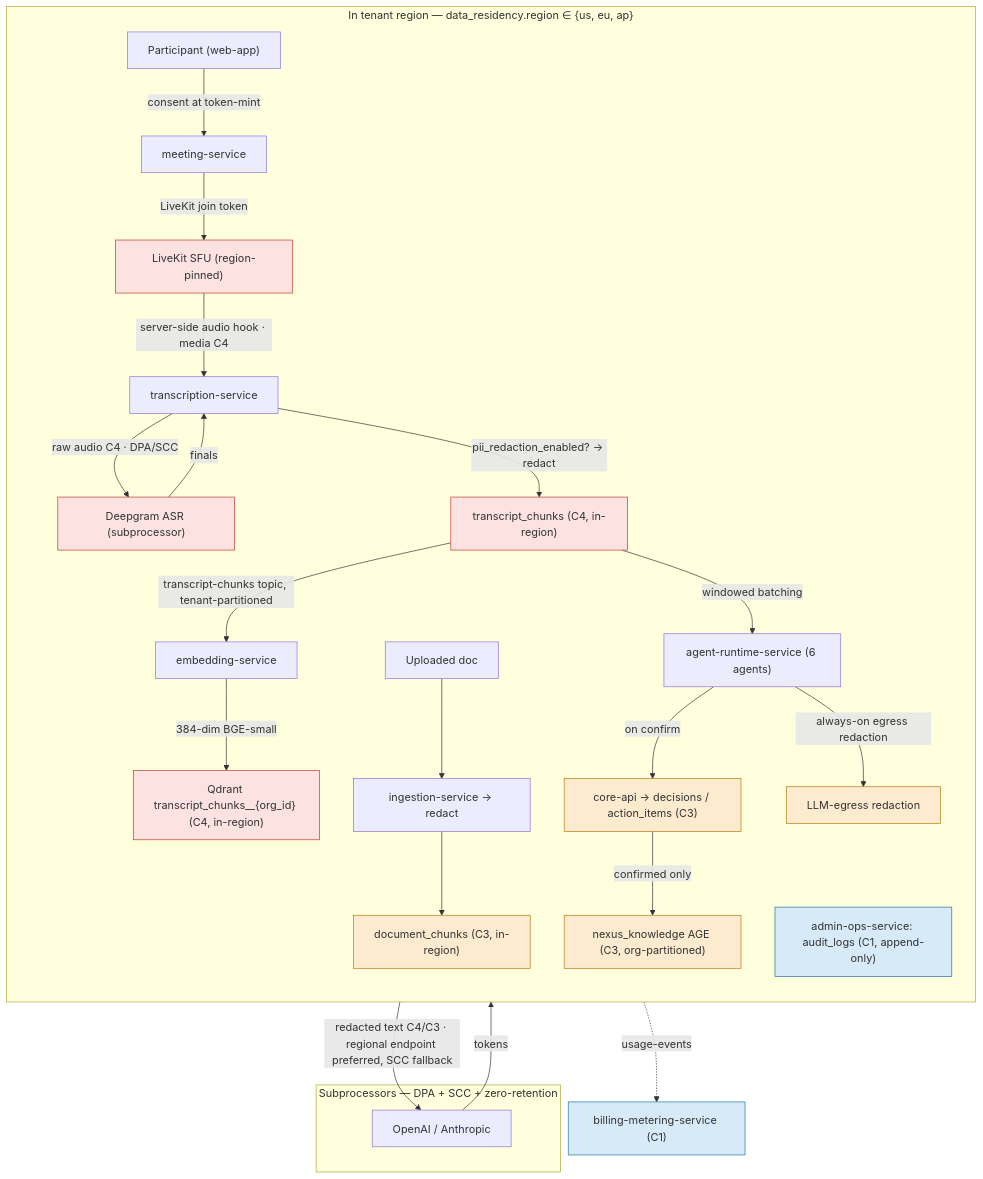
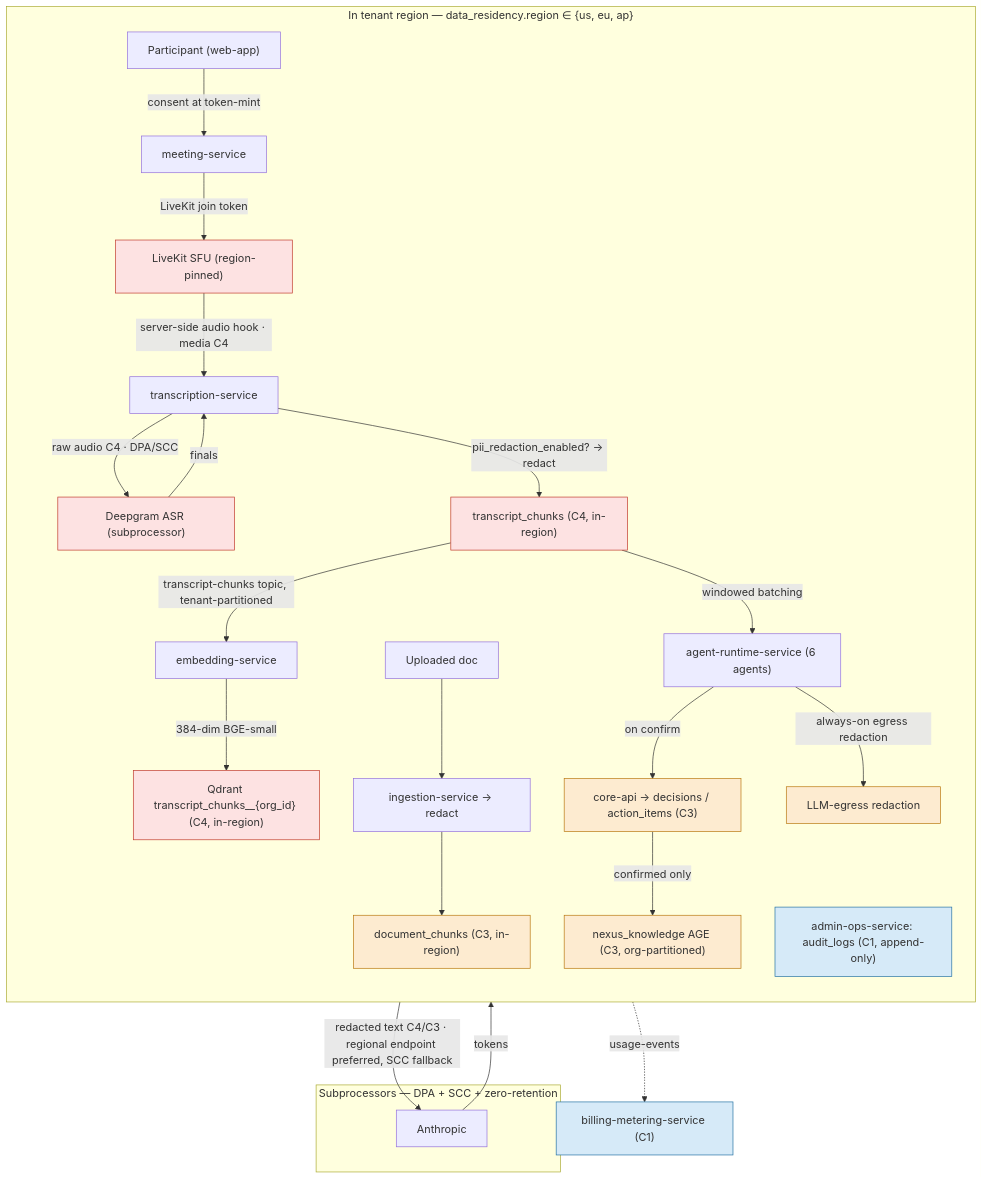
The eighth of 8 diagrams in 12-compliance-and-privacy.md (Mytheus-AI/mytheus-docs), drawn with Mermaid before and after one commit. The commit also changed other lines of this file and 23 other files, not shown here.

Commit message:
docs(llm): Anthropic-only provider decision with Haiku 5.5 fast tier (ADR-0027)

````diff
--- a/12-compliance-and-privacy.md
+++ b/12-compliance-and-privacy.md
@@ -332,33 +331,33 @@
 ```mermaid
 flowchart TB
   subgraph TENANT["In tenant region — data_residency.region ∈ {us, eu, ap}"]
     direction TB
     P["Participant (web-app)"] -->|consent at token-mint| MEET["meeting-service"]
     MEET -->|LiveKit join token| LK["LiveKit SFU (region-pinned)"]
     LK -->|server-side audio hook · media C4| TRANS["transcription-service"]
     TRANS -->|raw audio C4 · DPA/SCC| DG["Deepgram ASR (subprocessor)"]
     DG -->|finals| TRANS
     TRANS -->|"pii_redaction_enabled? → redact"| TC["transcript_chunks (C4, in-region)"]
     TC -->|transcript-chunks topic, tenant-partitioned| EMB["embedding-service"]
     EMB -->|384-dim BGE-small| QD["Qdrant transcript_chunks__{org_id} (C4, in-region)"]
     TC -->|windowed batching| AGENT["agent-runtime-service (6 agents)"]
     DOCIN["Uploaded doc"] --> ING["ingestion-service → redact"] --> DC["document_chunks (C3, in-region)"]
     AGENT -->|on confirm| CORE["core-api → decisions / action_items (C3)"]
     CORE -->|confirmed only| KG["nexus_knowledge AGE (C3, org-partitioned)"]
     AGENT -->|always-on egress redaction| REDX["LLM-egress redaction"]
     AUD["admin-ops-service: audit_logs (C1, append-only)"]
   end
   subgraph SUBPROC["Subprocessors — DPA + SCC + zero-retention"]
-    LLM["OpenAI / Anthropic"]
+    LLM["Anthropic"]
   end
   REDX -->|"redacted text C4/C3 · regional endpoint preferred, SCC fallback"| LLM
   LLM -->|tokens| AGENT
   AGENT -.->|usage-events| BILL["billing-metering-service (C1)"]
 
   classDef c4 fill:#fde2e2,stroke:#c0392b;
   classDef c3 fill:#fdebd0,stroke:#b9770e;
   classDef c1 fill:#d6eaf8,stroke:#2471a3;
   class TC,QD,DG,LK c4;
   class DC,CORE,KG,REDX c3;
   class AUD,BILL c1;
 ```
````
